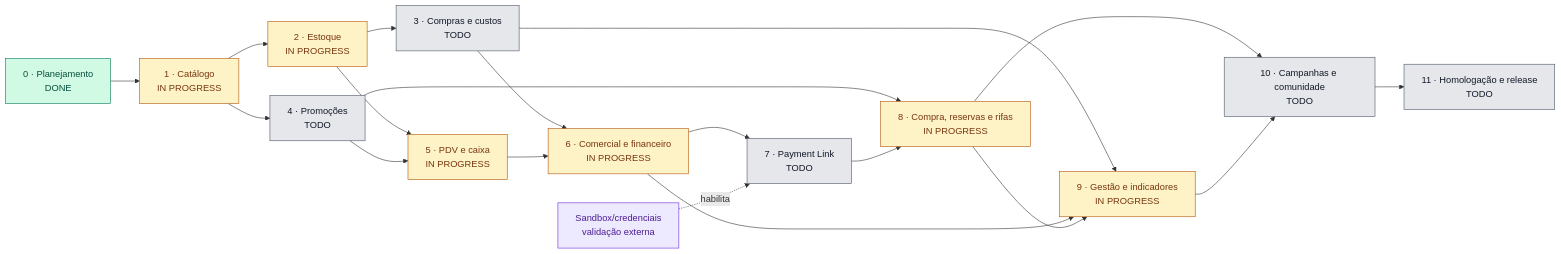
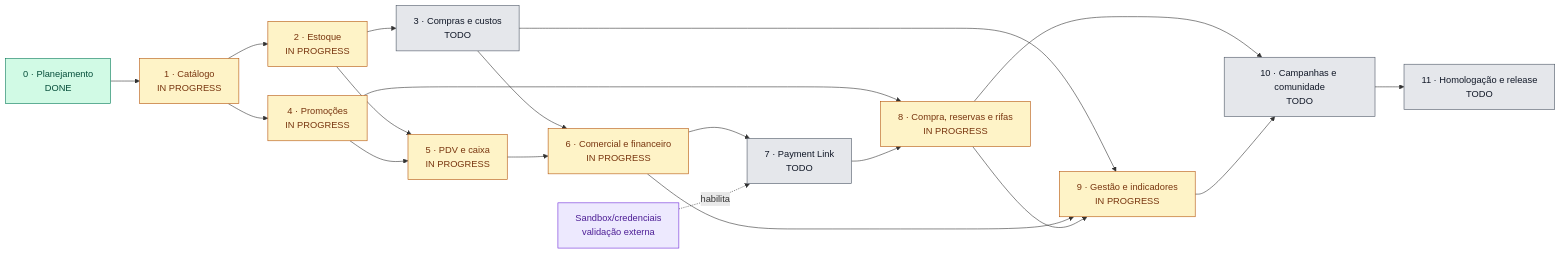
One commit to Germinatura/germinatura-platform changed the diagram in docs/product/ROADMAP.md. Above: the diagram before and after it, drawn with Mermaid. The commit also changed other lines of this file and 2 other files, not shown here.

````diff
--- a/docs/product/ROADMAP.md
+++ b/docs/product/ROADMAP.md
@@ -21,30 +21,30 @@
 ```mermaid
 flowchart LR
     E0["0 · Planejamento<br/>DONE"] --> E1["1 · Catálogo<br/>IN PROGRESS"]
     E1 --> E2["2 · Estoque<br/>IN PROGRESS"]
-    E1 --> E4["4 · Promoções<br/>TODO"]
+    E1 --> E4["4 · Promoções<br/>IN PROGRESS"]
     E2 --> E3["3 · Compras e custos<br/>TODO"]
     E2 --> E5["5 · PDV e caixa<br/>IN PROGRESS"]
     E4 --> E5
     E3 --> E6["6 · Comercial e financeiro<br/>IN PROGRESS"]
     E5 --> E6
     E6 --> E7["7 · Payment Link<br/>TODO"]
     E4 --> E8["8 · Compra, reservas e rifas<br/>IN PROGRESS"]
     E7 --> E8
     E3 --> E9["9 · Gestão e indicadores<br/>IN PROGRESS"]
     E6 --> E9
     E8 --> E9
     E8 --> E10["10 · Campanhas e comunidade<br/>TODO"]
     E9 --> E10
     E10 --> E11["11 · Homologação e release<br/>TODO"]
     S["Sandbox/credenciais<br/>validação externa"] -. habilita .-> E7
 
     classDef done fill:#d1fae5,stroke:#047857,color:#064e3b;
     classDef progress fill:#fef3c7,stroke:#b45309,color:#78350f;
     classDef todo fill:#e5e7eb,stroke:#4b5563,color:#111827;
     classDef external fill:#ede9fe,stroke:#6d28d9,color:#4c1d95;
     class E0 done;
-    class E1,E2,E5,E6,E8,E9 progress;
-    class E3,E4,E7,E10,E11 todo;
+    class E1,E2,E4,E5,E6,E8,E9 progress;
+    class E3,E7,E10,E11 todo;
     class S external;
 ```
````
